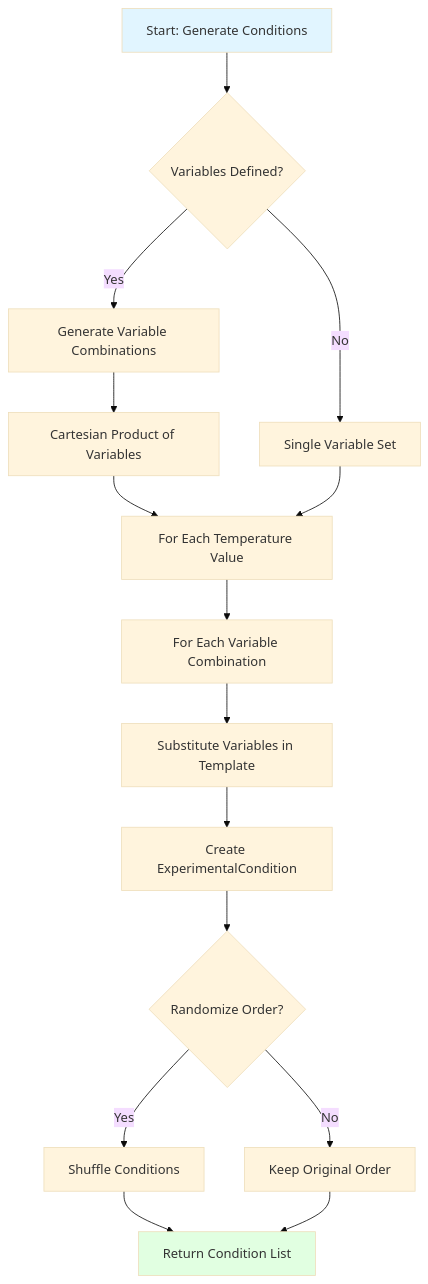
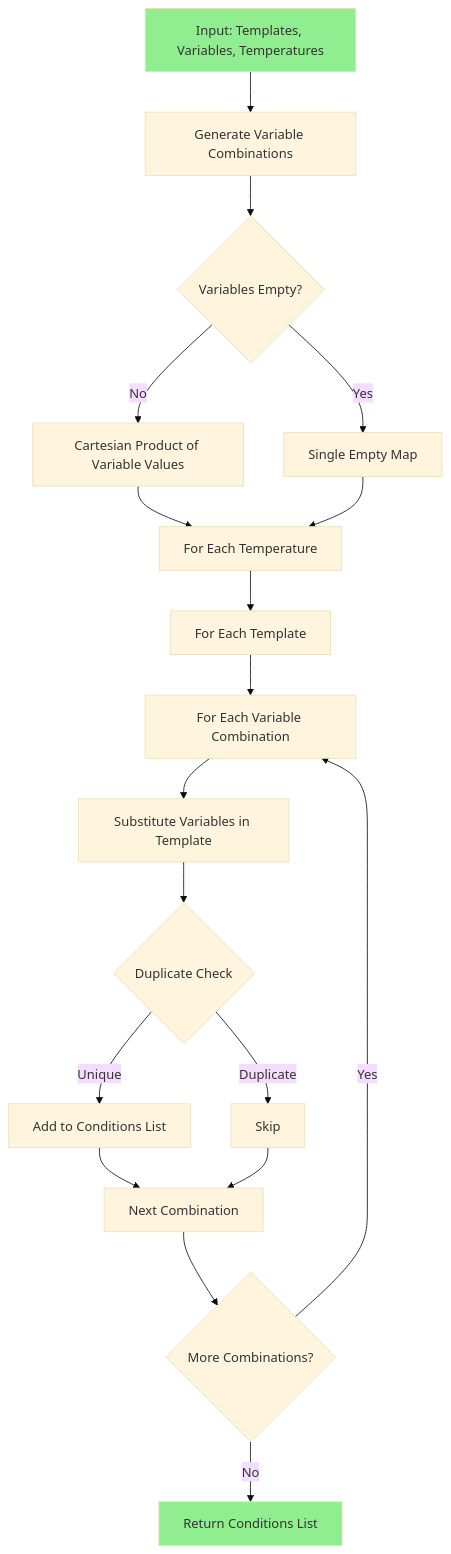
Before and after one commit to SimiaCryptus/Cognotik: the fifth of 22 diagrams in docs/LLMExperimentTask.md, drawn with Mermaid (base theme). The commit also changed other lines of this file and 7 other files, not shown here.

````diff
--- a/docs/LLMExperimentTask.md
+++ b/docs/LLMExperimentTask.md
@@ -162,24 +173,25 @@
 ```mermaid
 flowchart TD
-    A[Start: Generate Conditions] --> B{Variables Defined?}
-    B -->|Yes| C[Generate Variable Combinations]
-    B -->|No| D[Single Variable Set]
+    A[Input: Templates, Variables, Temperatures] --> B[Generate Variable Combinations]
+    B --> C{Variables Empty?}
+    C -->|Yes| D[Single Empty Map]
+    C -->|No| E[Cartesian Product of Variable Values]
 
-    C --> E[Cartesian Product of Variables]
-    E --> F[For Each Temperature Value]
+    E --> F[For Each Temperature]
     D --> F
 
-    F --> G[For Each Variable Combination]
-    G --> H[Substitute Variables in Template]
-    H --> I[Create ExperimentalCondition]
+    F --> G[For Each Template]
+    G --> H[For Each Variable Combination]
+    H --> I[Substitute Variables in Template]
+    I --> J{Duplicate Check}
+    J -->|Unique| K[Add to Conditions List]
+    J -->|Duplicate| L[Skip]
+    K --> M[Next Combination]
+    L --> M
+    M --> N{More Combinations?}
+    N -->|Yes| H
+    N -->|No| O[Return Conditions List]
 
-    I --> J{Randomize Order?}
-    J -->|Yes| K[Shuffle Conditions]
-    J -->|No| L[Keep Original Order]
-
-    K --> M[Return Condition List]
-    L --> M
-
-    style A fill:#e1f5ff
-    style M fill:#e1ffe1
+    style A fill:#90EE90
+    style O fill:#90EE90
 ```
````
